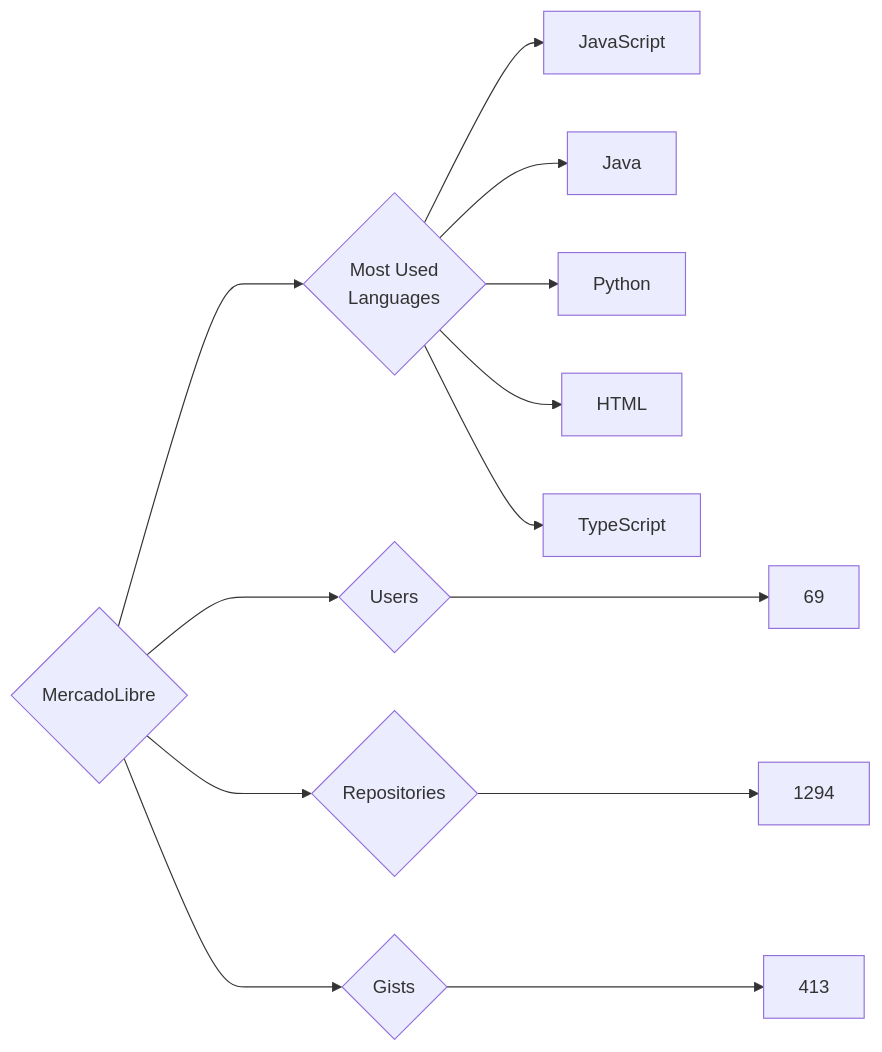
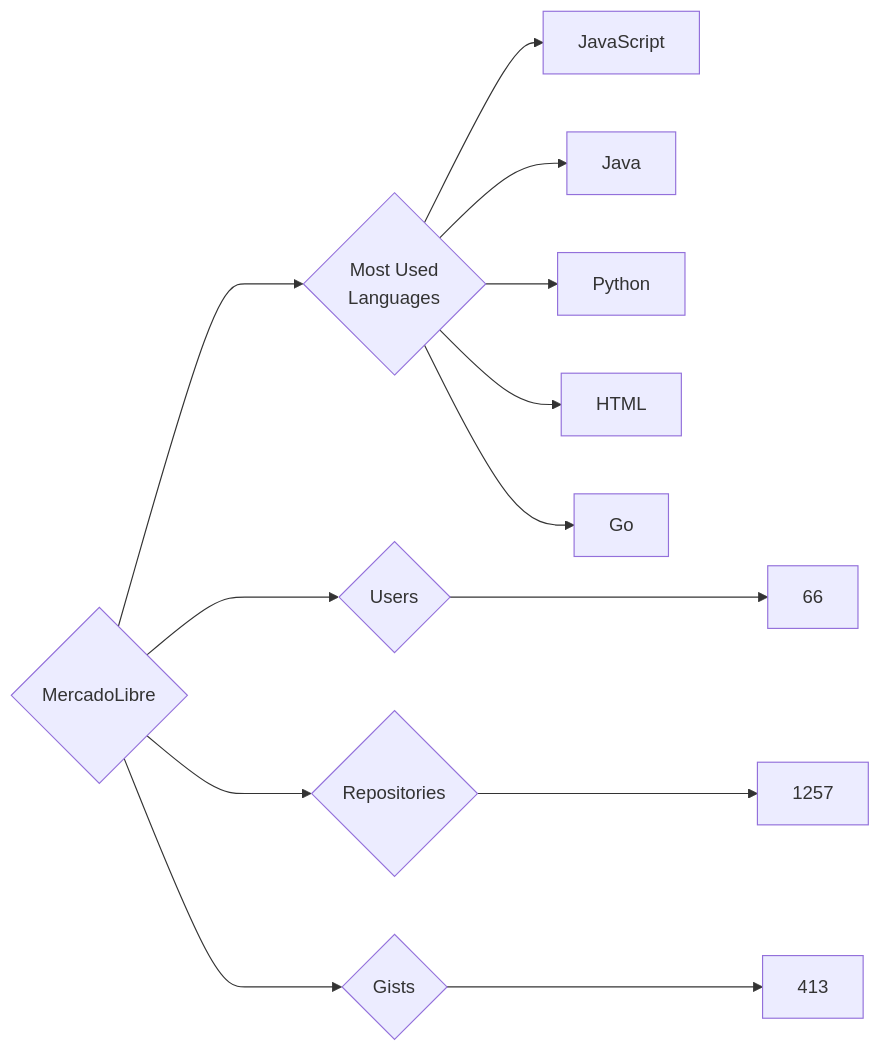
Before and after one commit to trickest/insiders: the diagram in targets/MercadoLibre/README.md, drawn with Mermaid. The commit also changed 715 other files, not shown here.

````diff
--- a/targets/MercadoLibre/README.md
+++ b/targets/MercadoLibre/README.md
@@ -3,13 +3,13 @@
 ```mermaid
 graph LR
 COMPANY_NAME{MercadoLibre}
-COMPANY_NAME ---> U{Users} ---> UN[69]
-COMPANY_NAME ---> R{Repositories} ---> RN[1294]
+COMPANY_NAME ---> U{Users} ---> UN[66]
+COMPANY_NAME ---> R{Repositories} ---> RN[1257]
 COMPANY_NAME ---> G{Gists} ---> GN[413]
 COMPANY_NAME ---> ML{Most Used<br>Languages}
 ML --> JavaScript[JavaScript]
 ML --> Java[Java]
 ML --> Python[Python]
 ML --> HTML[HTML]
-ML --> TypeScript[TypeScript]
+ML --> Go[Go]
 ```
````
